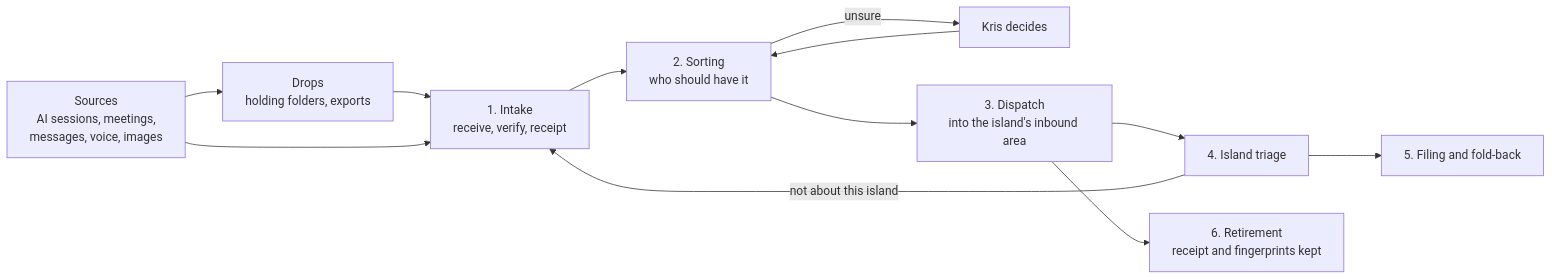
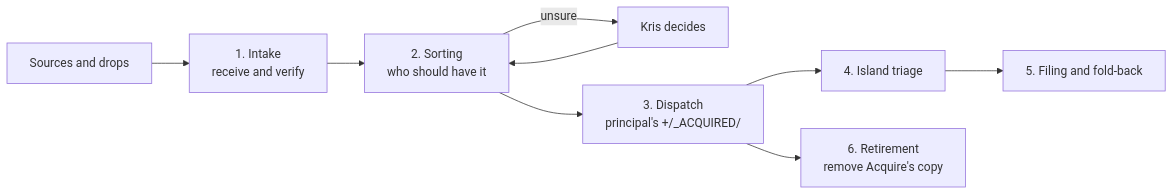
The diagram in Pillars/Philosophy/Model/Processes/Acquisition Process/Acquisition Process.md (knowledgeislands/ki-principal), drawn with Mermaid before and after one commit. The commit also changed other lines of this file and 2 other files, not shown here.

````diff
--- a/Pillars/Philosophy/Model/Processes/Acquisition Process/Acquisition Process.md
+++ b/Pillars/Philosophy/Model/Processes/Acquisition Process/Acquisition Process.md
@@ -30,14 +25,11 @@
 ```mermaid
 flowchart LR
-  S["Sources<br/>AI sessions, meetings,<br/>messages, voice, images"] --> D["Drops<br/>holding folders, exports"]
-  D --> I["1. Intake<br/>receive, verify, receipt"]
-  S --> I
+  S["Sources and drops"] --> I["1. Intake<br/>receive and verify"]
   I --> R["2. Sorting<br/>who should have it"]
   R -->|unsure| K["Kris decides"]
   K --> R
-  R --> P["3. Dispatch<br/>into the island's inbound area"]
+  R --> P["3. Dispatch<br/>principal's +/_ACQUIRED/"]
   P --> T["4. Island triage"]
   T --> F["5. Filing and fold-back"]
-  P --> X["6. Retirement<br/>receipt and fingerprints kept"]
-  T -->|not about this island| I
+  P --> X["6. Retirement<br/>remove Acquire's copy"]
 ```
````
